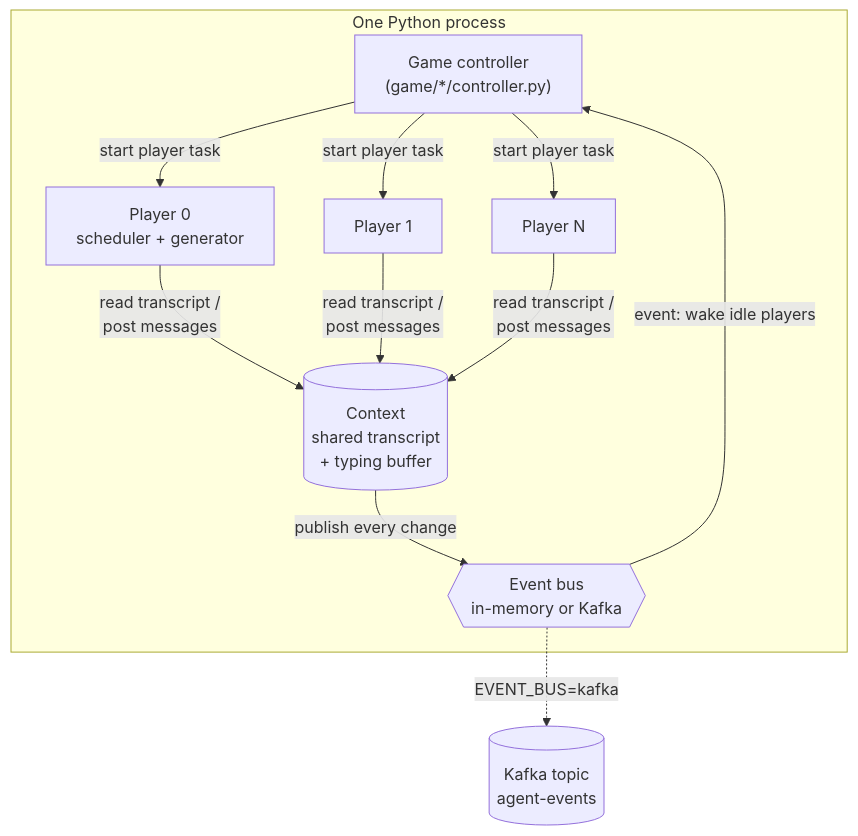
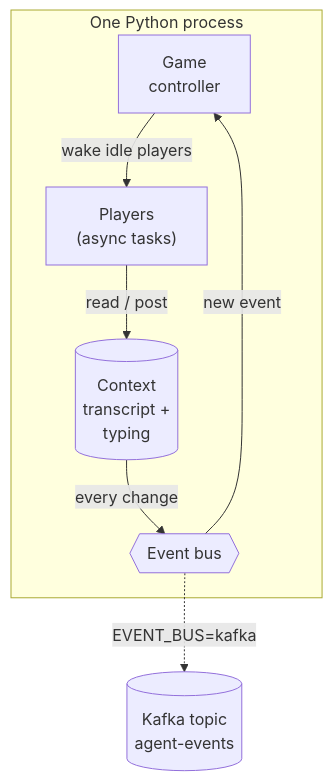
One commit to surbhit20/multi-agent-orchestration changed the second of 4 diagrams in README.md. Above: the diagram before and after it, drawn with Mermaid. The commit also changed other lines of this file, not shown here.

First line of the commit message:
Fix README diagrams that GitHub clipped

````diff
--- a/README.md
+++ b/README.md
@@ -145,18 +146,16 @@
 ```mermaid
 flowchart TB
     subgraph proc["One Python process"]
-        C["Game controller<br/>(game/*/controller.py)"]
-        CTX[("Context<br/>shared transcript<br/>+ typing buffer")]
-        BUS{{"Event bus<br/>in-memory or Kafka"}}
-        P0["Player 0<br/>scheduler + generator"]
-        P1["Player 1"]
-        PN["Player N"]
+        C["Game<br/>controller"]
+        P["Players<br/>(async tasks)"]
+        CTX[("Context<br/>transcript +<br/>typing")]
+        BUS{{"Event bus"}}
     end
     K[("Kafka topic<br/>agent-events")]
 
-    P0 & P1 & PN -- "read transcript /<br/>post messages" --> CTX
-    CTX -- "publish every change" --> BUS
-    BUS -- "event: wake idle players" --> C
-    C -- "start player task" --> P0 & P1 & PN
+    C -- "wake idle players" --> P
+    P -- "read / post" --> CTX
+    CTX -- "every change" --> BUS
+    BUS -- "new event" --> C
     BUS -. "EVENT_BUS=kafka" .-> K
 ```
````
